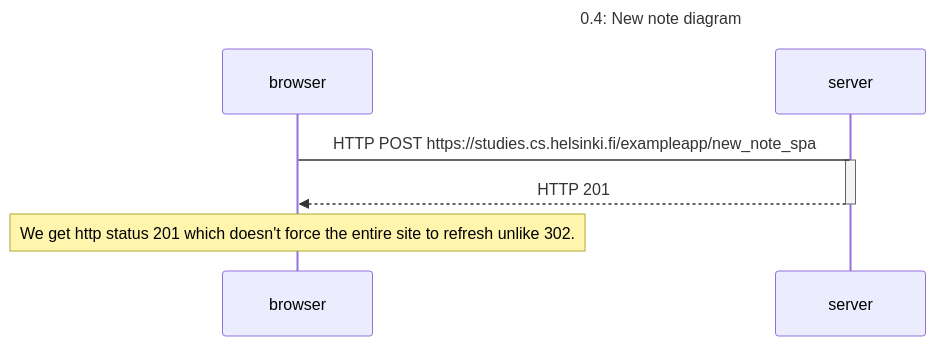
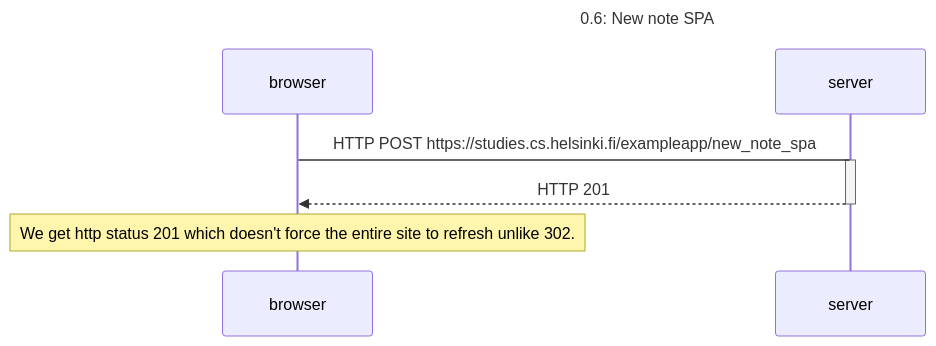
One commit to Niroasd/2023FullStackOpen changed the diagram in part0/06.md. Above: the diagram before and after it, drawn with Mermaid.

Commit message:
Title change.

````diff
--- a/part0/06.md
+++ b/part0/06.md
@@ -1,15 +1,15 @@
 ```mermaid
 sequenceDiagram
-    Title: 0.4: New note diagram
+    Title: 0.6: New note SPA
     participant browser
     participant server
 
 
     browser->server: HTTP POST https://studies.cs.helsinki.fi/exampleapp/new_note_spa
     activate server
     server -->> browser: HTTP 201
     deactivate server
     note over browser: We get http status 201 which doesn't force the entire site to refresh unlike 302.
 
 
 ```
````
